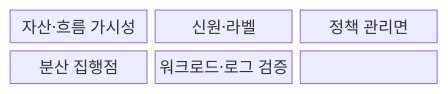
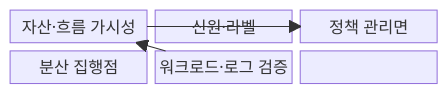
One commit to agnusdei1207/knowledge-base changed the first of 2 diagrams in src/content/docs/notes/05-security/065_micro_segmentation.md. Above: the diagram before and after it, drawn with Mermaid. The commit also changed other lines of this file and 20 other files, not shown here.

````diff
--- a/src/content/docs/notes/05-security/065_micro_segmentation.md
+++ b/src/content/docs/notes/05-security/065_micro_segmentation.md
@@ -60,11 +66,12 @@
 ```mermaid
 block-beta
   columns 3
   A["자산·흐름 가시성"]
   B["신원·라벨"]
   C["정책 관리면"]
   D["분산 집행점"]
   E["워크로드·로그 검증"]
-  A --- B --- C
-  C --- D --- E
+  A --> C
+  B --> C --> D --> E
+  E --> A
 ```
````
